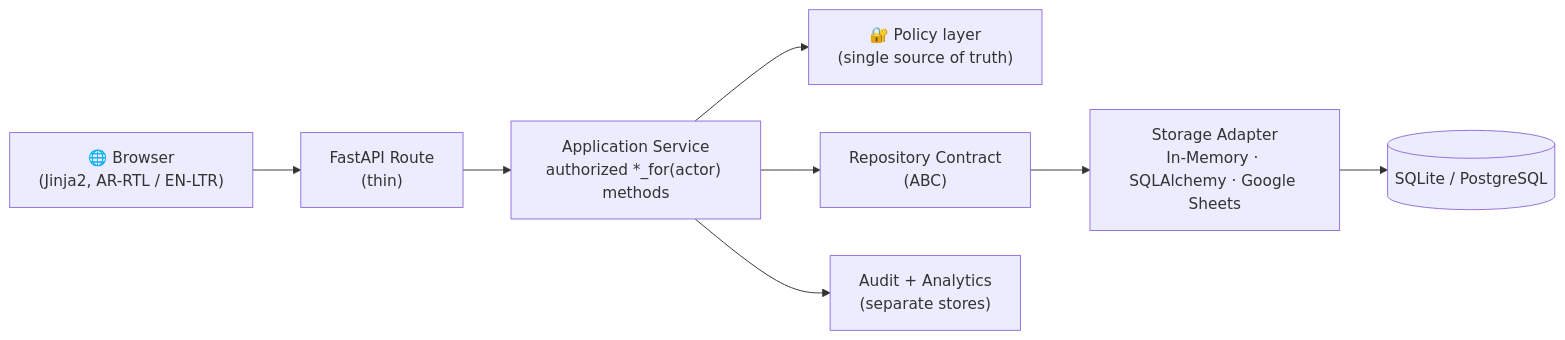
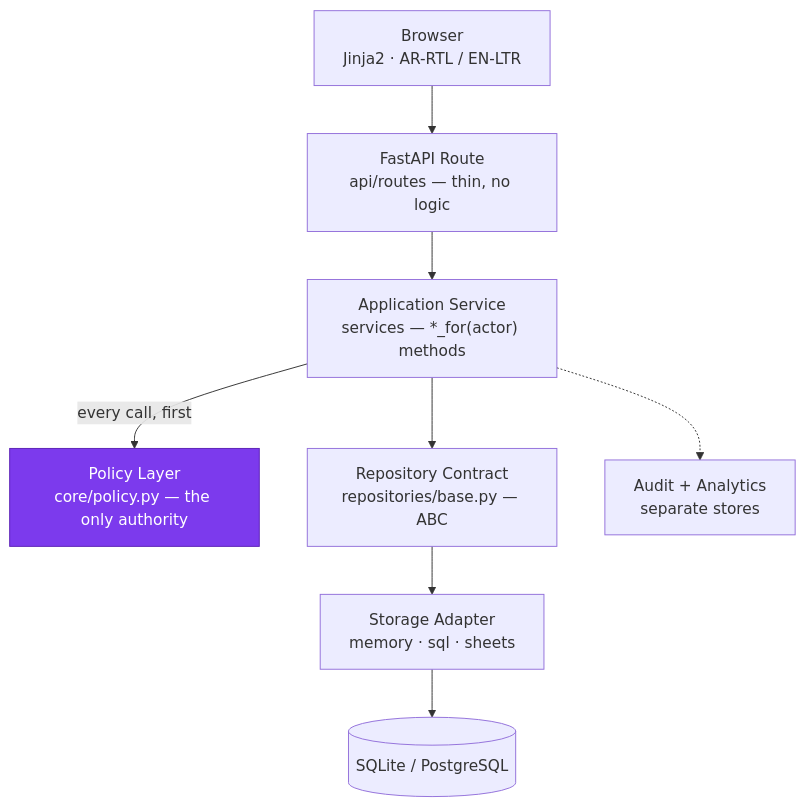
Before and after one commit to bahaaed07706/GreenLead: the second of 4 diagrams in README.md, drawn with Mermaid. The commit also changed other lines of this file, not shown here.

First line of the commit message:
docs(readme): add live demo link and architecture diagrams

````diff
--- a/README.md
+++ b/README.md
@@ -91,10 +147,18 @@
 ```mermaid
-flowchart LR
-    B["🌐 Browser<br/>(Jinja2, AR-RTL / EN-LTR)"] --> R["FastAPI Route<br/>(thin)"]
-    R --> S["Application Service<br/>authorized *_for(actor) methods"]
-    S --> P["🔐 Policy layer<br/>(single source of truth)"]
-    S --> C["Repository Contract<br/>(ABC)"]
-    C --> A["Storage Adapter<br/>In-Memory · SQLAlchemy · Google Sheets"]
-    A --> DB[("SQLite / PostgreSQL")]
-    S --> AU["Audit + Analytics<br/>(separate stores)"]
+flowchart TD
+    B["Browser<br/>Jinja2 · AR-RTL / EN-LTR"]
+    R["FastAPI Route<br/>api/routes — thin, no logic"]
+    S["Application Service<br/>services — *_for(actor) methods"]
+    P["Policy Layer<br/>core/policy.py — the only authority"]
+    C["Repository Contract<br/>repositories/base.py — ABC"]
+    A["Storage Adapter<br/>memory · sql · sheets"]
+    DB[("SQLite / PostgreSQL")]
+    AU["Audit + Analytics<br/>separate stores"]
+
+    B --> R --> S
+    S -- "every call, first" --> P
+    S --> C --> A --> DB
+    S -.-> AU
+
+    style P fill:#7c3aed,stroke:#5b21b6,color:#fff
 ```
````
